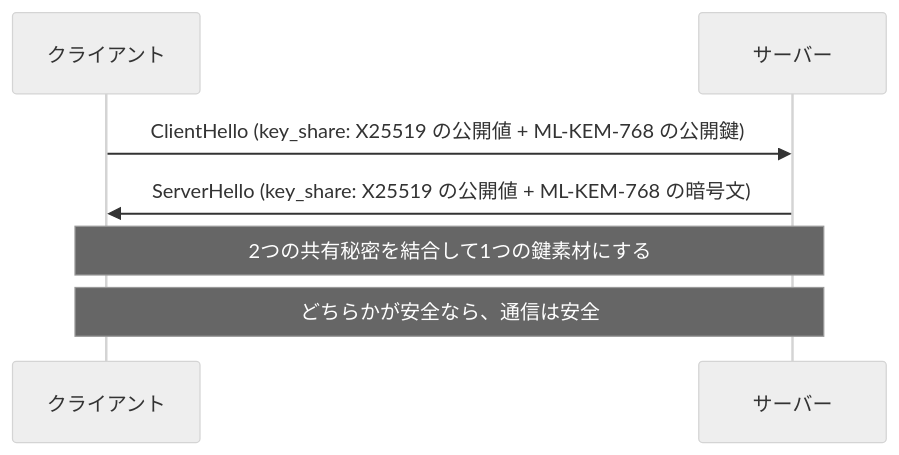
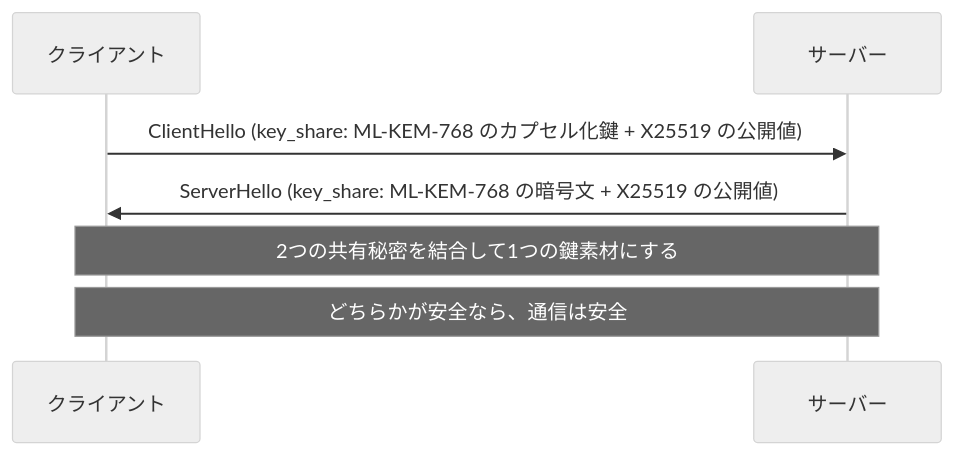
One commit to myoshi2891/Security_Studies changed diagram 21 of 24 in Bulletproof-tls-pki-guide.md. Above: the diagram before and after it, drawn with Mermaid (neutral theme). The commit also changed other lines of this file, not shown here.

````diff
--- a/Bulletproof-tls-pki-guide.md
+++ b/Bulletproof-tls-pki-guide.md
@@ -958,9 +976,9 @@
 ```mermaid
 sequenceDiagram
     participant C as クライアント
     participant S as サーバー
-    C->>S: ClientHello (key_share: X25519 の公開値 + ML-KEM-768 の公開鍵)
-    S->>C: ServerHello (key_share: X25519 の公開値 + ML-KEM-768 の暗号文)
+    C->>S: ClientHello (key_share: ML-KEM-768 のカプセル化鍵 + X25519 の公開値)
+    S->>C: ServerHello (key_share: ML-KEM-768 の暗号文 + X25519 の公開値)
     Note over C,S: 2つの共有秘密を結合して1つの鍵素材にする
     Note over C,S: どちらかが安全なら、通信は安全
 ```
````
